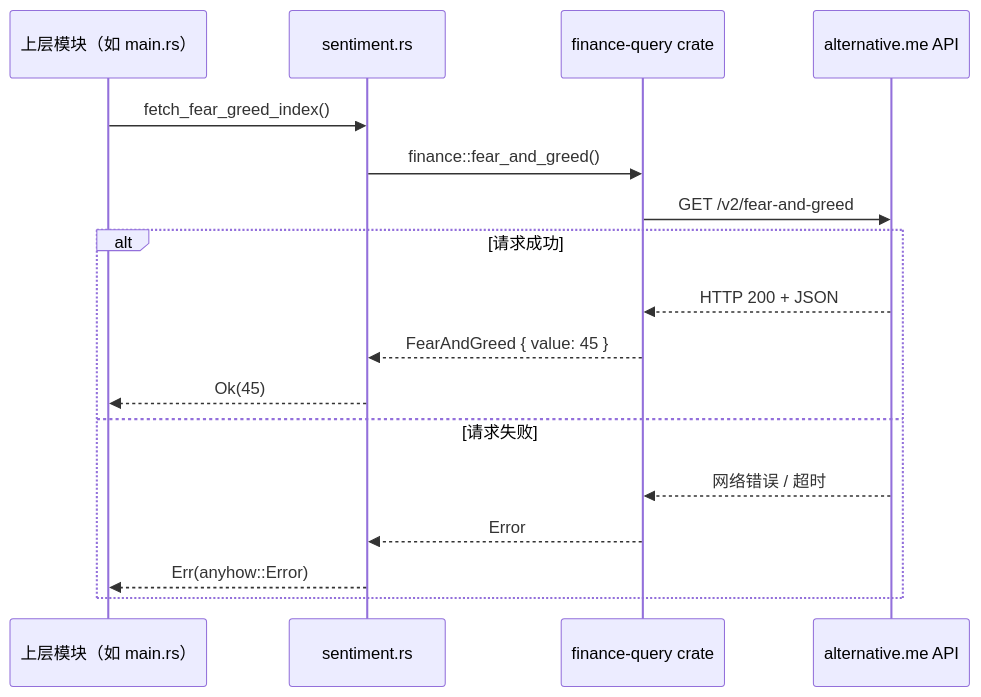
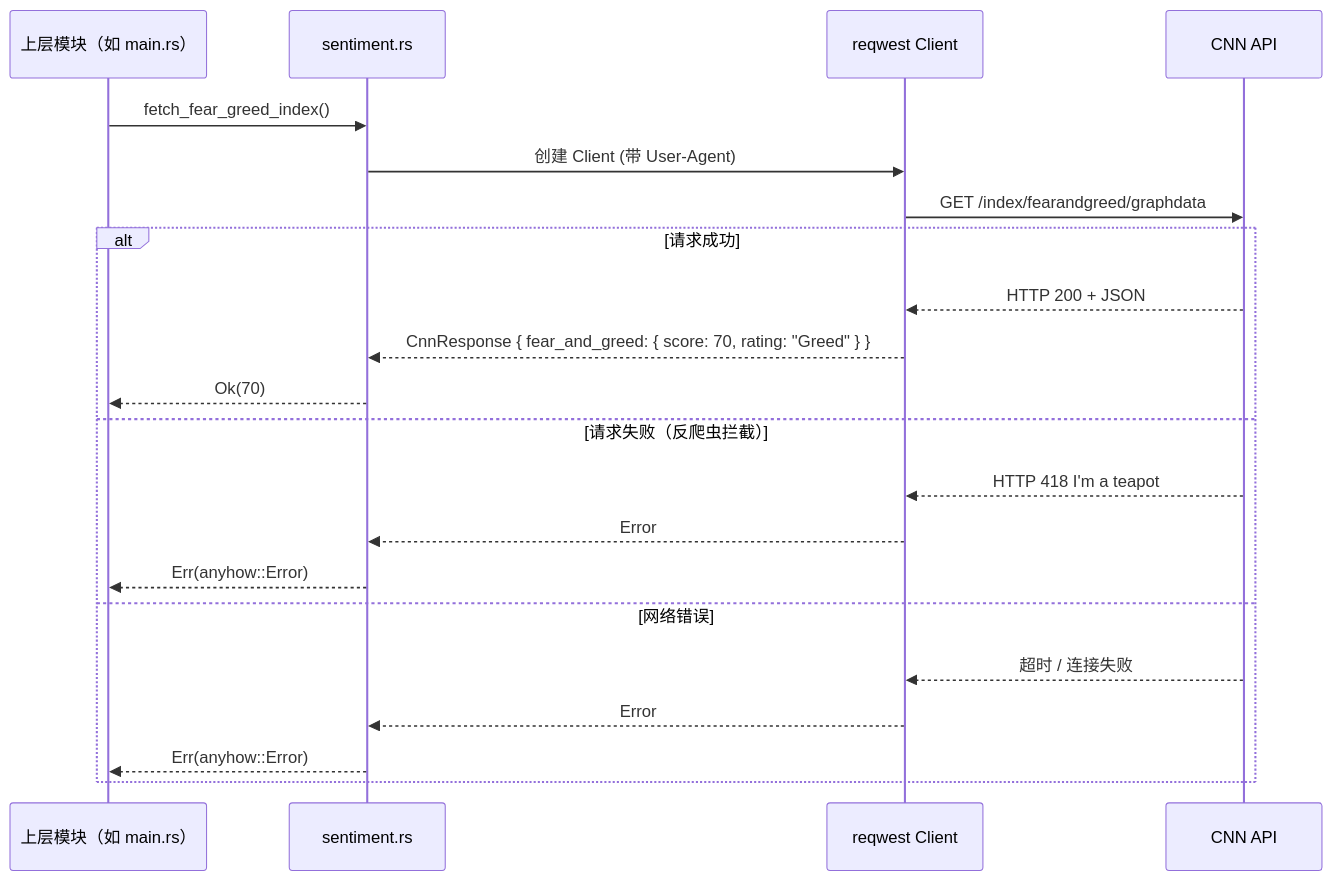
One commit to sopaco/money-never-sleep changed the first of 3 diagrams in litho.docs/4、深入探索/外部数据获取.md. Above: the diagram before and after it, drawn with Mermaid. The commit also changed other lines of this file and 20 other files, not shown here.

First line of the commit message:
Switch to CNN API for stock market Fear & Greed Index

````diff
--- a/litho.docs/4、深入探索/外部数据获取.md
+++ b/litho.docs/4、深入探索/外部数据获取.md
@@ -63,20 +100,24 @@
 ```mermaid
 sequenceDiagram
     participant U as 上层模块（如 main.rs）
     participant S as sentiment.rs
-    participant FQ as finance-query crate
-    participant API as alternative.me API
+    participant R as reqwest Client
+    participant API as CNN API
 
     U->>S: fetch_fear_greed_index()
-    S->>FQ: finance::fear_and_greed()
-    FQ->>API: GET /v2/fear-and-greed
+    S->>R: 创建 Client (带 User-Agent)
+    R->>API: GET /index/fearandgreed/graphdata
     alt 请求成功
-        API-->>FQ: HTTP 200 + JSON
-        FQ-->>S: FearAndGreed { value: 45 }
-        S-->>U: Ok(45)
-    else 请求失败
-        API-->>FQ: 网络错误 / 超时
-        FQ-->>S: Error
+        API-->>R: HTTP 200 + JSON
+        R-->>S: CnnResponse { fear_and_greed: { score: 70, rating: "Greed" } }
+        S-->>U: Ok(70)
+    else 请求失败（反爬虫拦截）
+        API-->>R: HTTP 418 I'm a teapot
+        R-->>S: Error
+        S-->>U: Err(anyhow::Error)
+    else 网络错误
+        API-->>R: 超时 / 连接失败
+        R-->>S: Error
         S-->>U: Err(anyhow::Error)
     end
 ```
````
